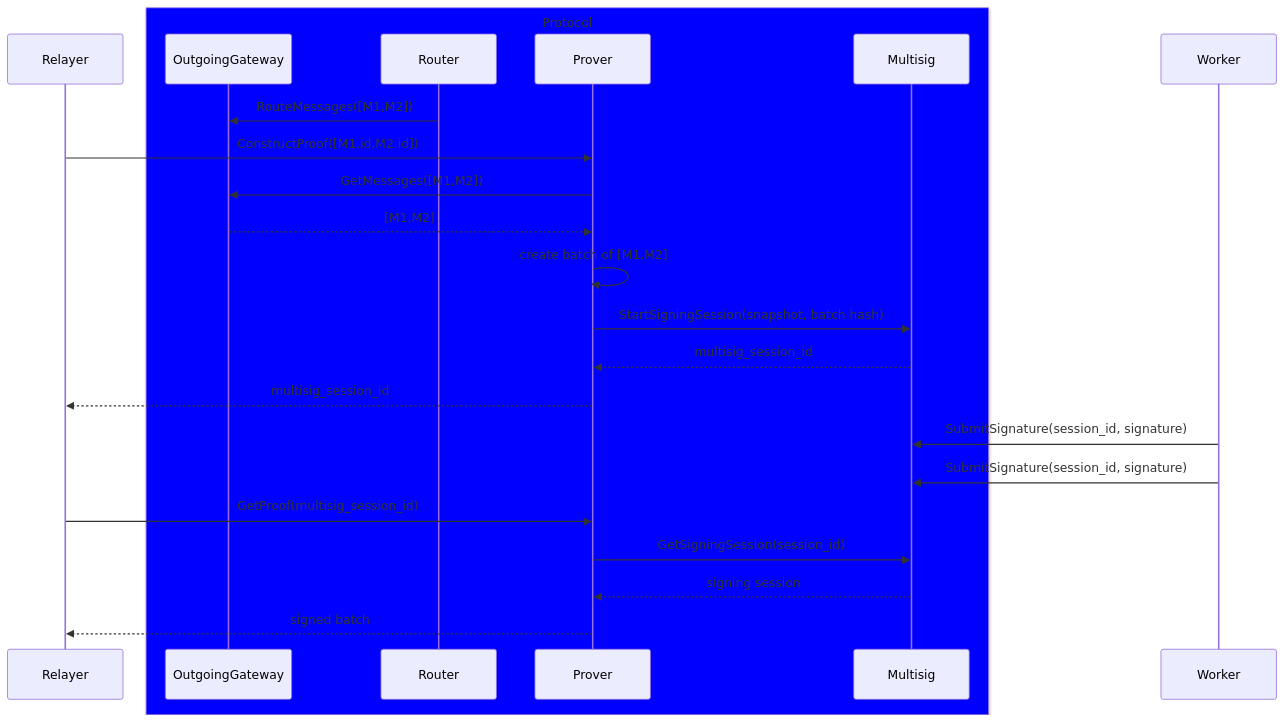
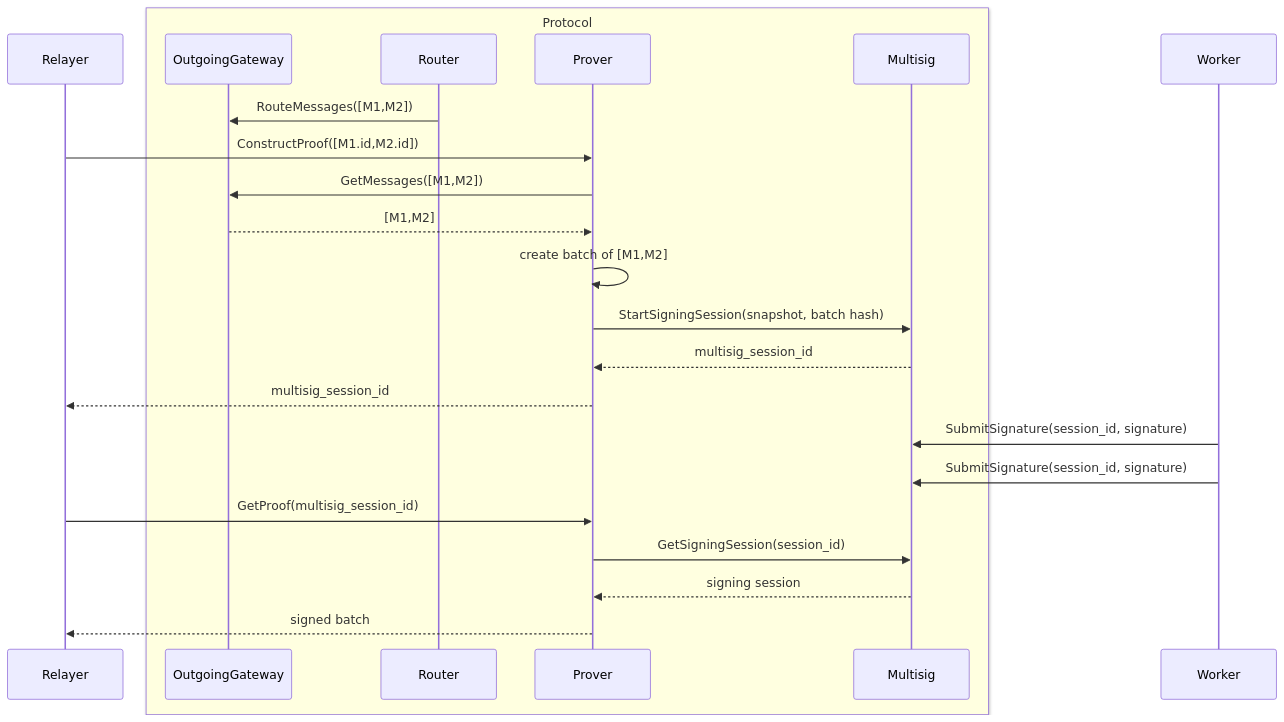
One commit to kadev2176/axelar-amplifier changed the fourth of 4 diagrams in doc/src/overview.md. Above: the diagram before and after it, drawn with Mermaid. The commit also changed other lines of this file and 2 other files, not shown here.

Commit message:
Fix diagram color for overview.md (#172)

````diff
--- a/doc/src/overview.md
+++ b/doc/src/overview.md
@@ -108,28 +108,28 @@
 ```mermaid
 sequenceDiagram
     participant Relayer
-    box Blue Protocol
+    box LightYellow Protocol
     participant OutgoingGateway
     participant Router
     participant Prover
     participant Multisig
     end
     participant Worker
 
 
     Router->>OutgoingGateway: RouteMessages([M1,M2])
     Relayer->>Prover: ConstructProof([M1.id,M2.id])
     Prover->>OutgoingGateway: GetMessages([M1,M2])
     OutgoingGateway-->>Prover: [M1,M2]
     Prover->>Prover: create batch of [M1,M2]
     Prover->>Multisig: StartSigningSession(snapshot, batch hash)
     Multisig-->>Prover: multisig_session_id
     Prover-->>Relayer: multisig_session_id
     Worker->>Multisig: SubmitSignature(session_id, signature)
     Worker->>Multisig: SubmitSignature(session_id, signature)
     Relayer->>Prover: GetProof(multisig_session_id)
     Prover->>Multisig: GetSigningSession(session_id)
     Multisig-->>Prover: signing session
     Prover-->>Relayer: signed batch
 
 ```
````
